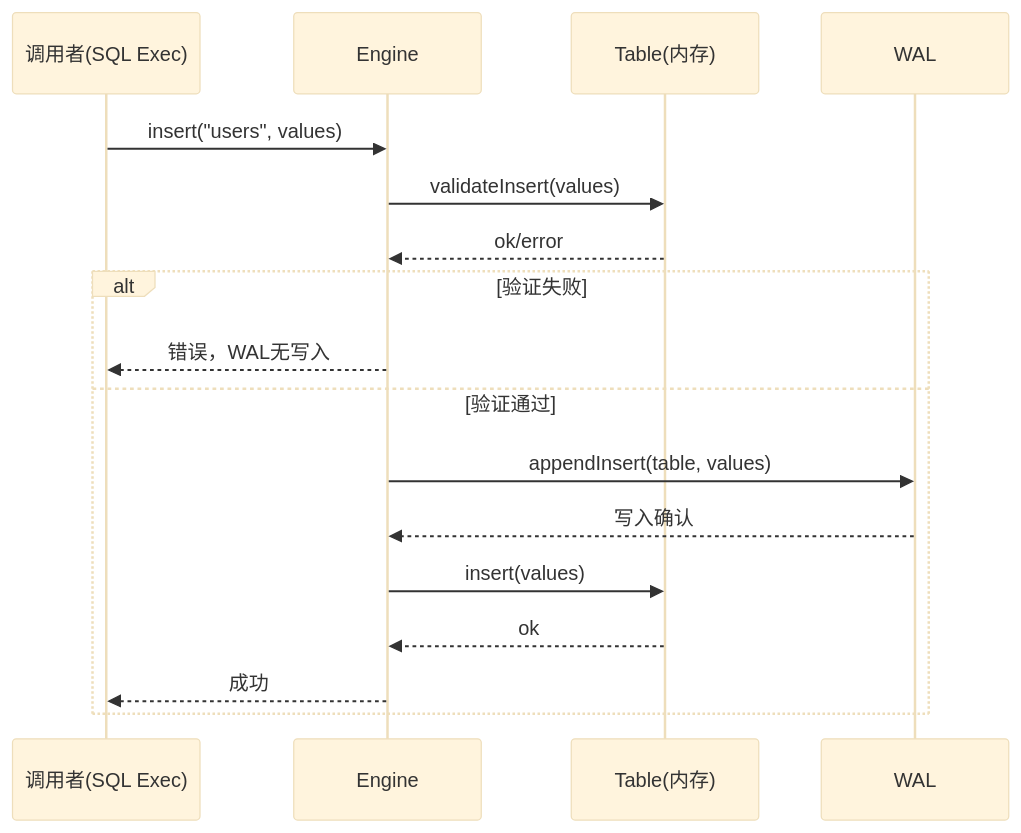
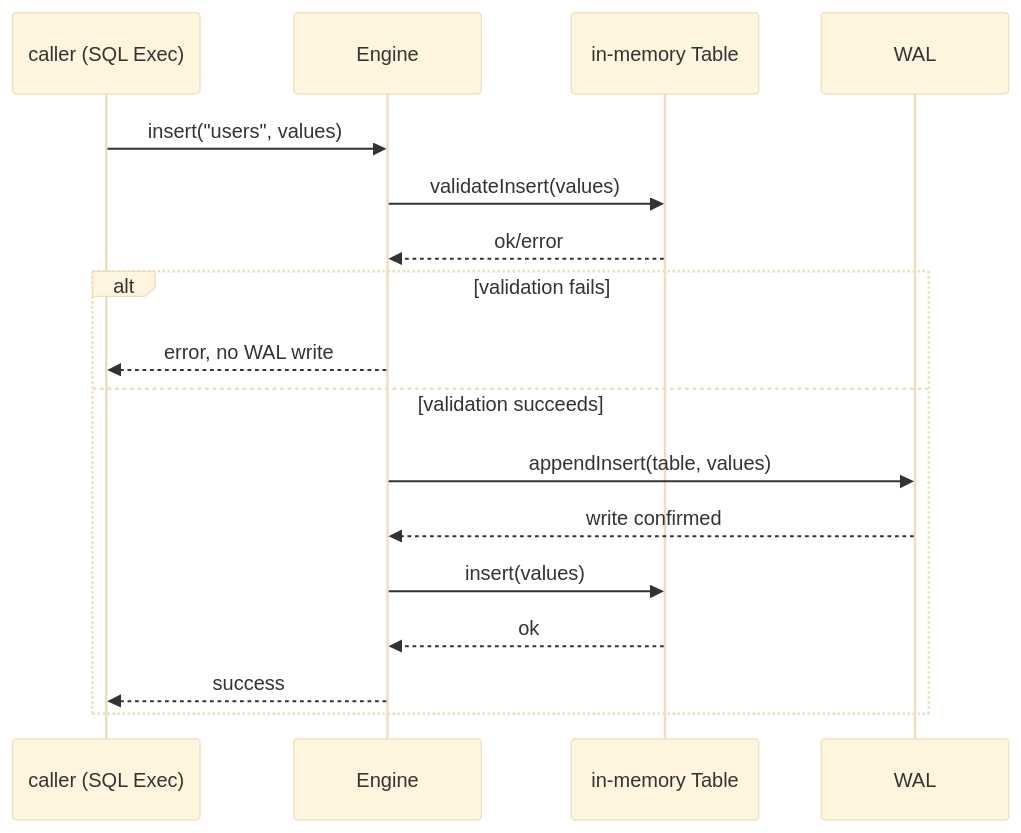
One commit to viloris-org/Pico changed the first of 3 diagrams in docs/architecture/write-path.md. Above: the diagram before and after it, drawn with Mermaid (base theme). The commit also changed other lines of this file and 30 other files, not shown here.

````diff
--- a/docs/architecture/write-path.md
+++ b/docs/architecture/write-path.md
@@ -41,20 +44,19 @@
 ```mermaid
 sequenceDiagram
-    participant C as 调用者(SQL Exec)
+    participant C as caller (SQL Exec)
     participant E as Engine
-    participant T as Table(内存)
+    participant T as in-memory Table
     participant W as WAL
-
     C->>E: insert("users", values)
     E->>T: validateInsert(values)
     T-->>E: ok/error
-    alt 验证失败
-        E-->>C: 错误，WAL无写入
-    else 验证通过
+    alt validation fails
+        E-->>C: error, no WAL write
+    else validation succeeds
         E->>W: appendInsert(table, values)
-        W-->>E: 写入确认
+        W-->>E: write confirmed
         E->>T: insert(values)
         T-->>E: ok
-        E-->>C: 成功
+        E-->>C: success
     end
 ```
````
